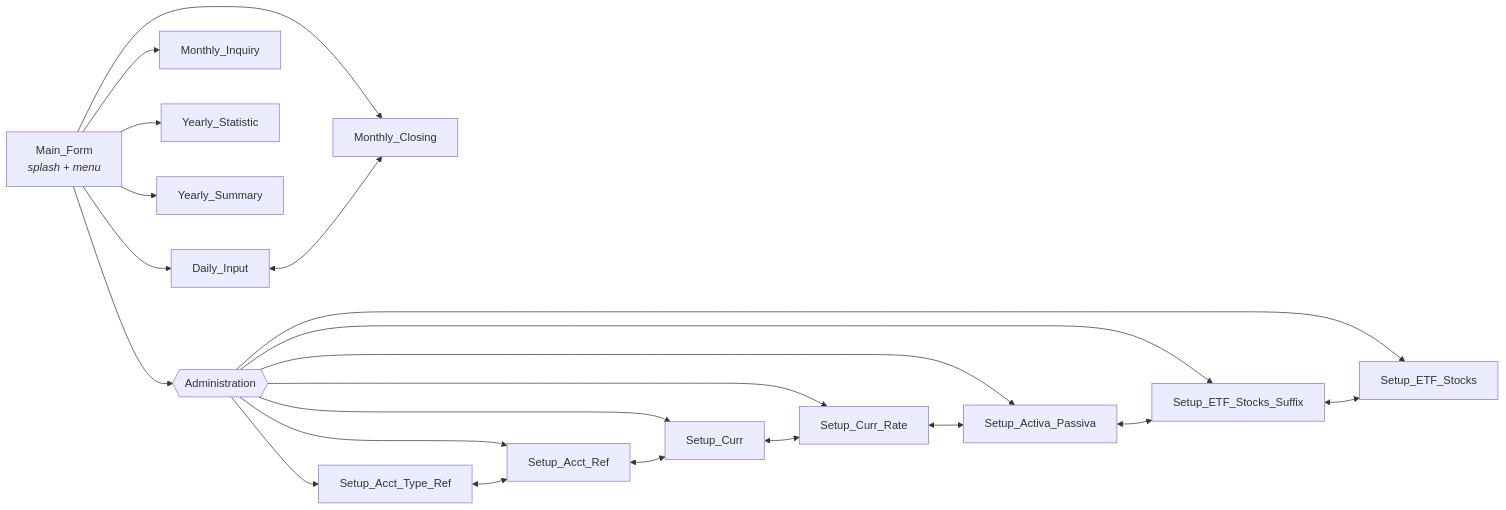
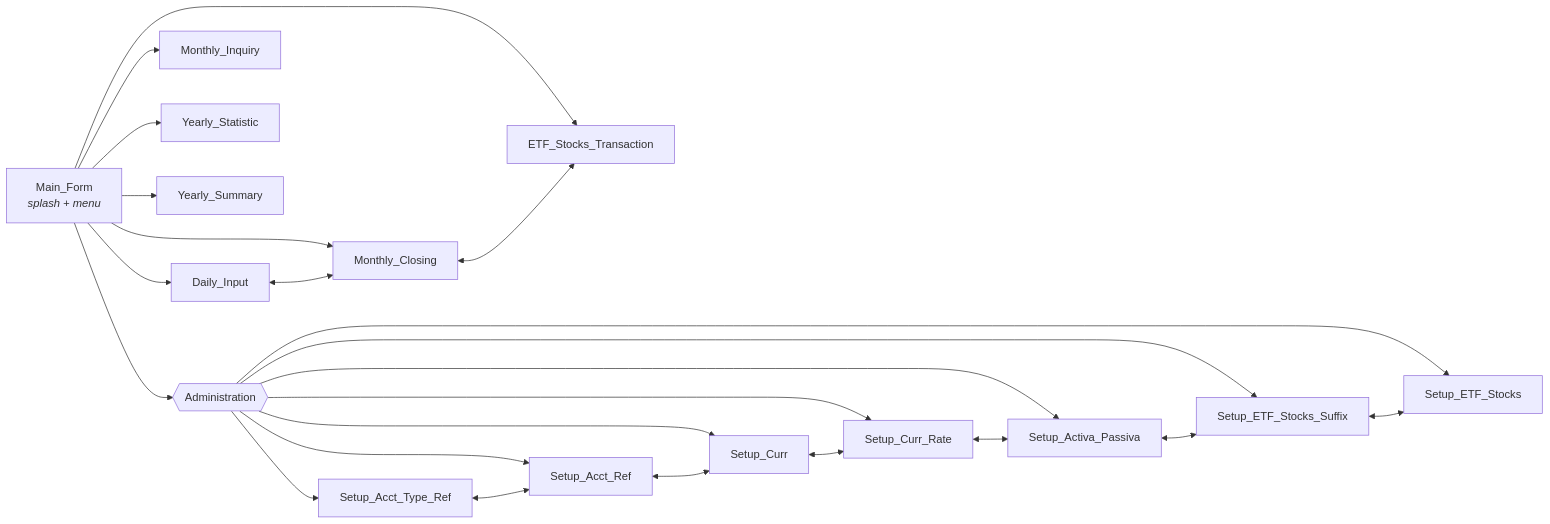
Before and after one commit to oscar-rijadi/FinancialBalance: the second of 3 diagrams in README.md, drawn with Mermaid. The commit also changed other lines of this file and 41 other files, not shown here.

````diff
--- a/README.md
+++ b/README.md
@@ -87,28 +87,30 @@
 ```mermaid
 flowchart LR
     MAIN["Main_Form<br/><i>splash + menu</i>"]
 
     MAIN --> DI["Daily_Input"]
     MAIN --> MC["Monthly_Closing"]
+    MAIN --> ETX["ETF_Stocks_Transaction"]
     MAIN --> MI["Monthly_Inquiry"]
     MAIN --> YT["Yearly_Statistic"]
     MAIN --> YS["Yearly_Summary"]
 
     MAIN --> ADMIN{{"Administration"}}
     ADMIN --> SATR["Setup_Acct_Type_Ref"]
     ADMIN --> SAR["Setup_Acct_Ref"]
     ADMIN --> SC["Setup_Curr"]
     ADMIN --> SCR["Setup_Curr_Rate"]
     ADMIN --> SAP["Setup_Activa_Passiva"]
     ADMIN --> SES["Setup_ETF_Stocks_Suffix"]
     ADMIN --> SET["Setup_ETF_Stocks"]
 
     DI <--> MC
+    MC <--> ETX
 
     SATR <--> SAR
     SAR <--> SC
     SC <--> SCR
     SCR <--> SAP
     SAP <--> SES
     SES <--> SET
 ```
````
